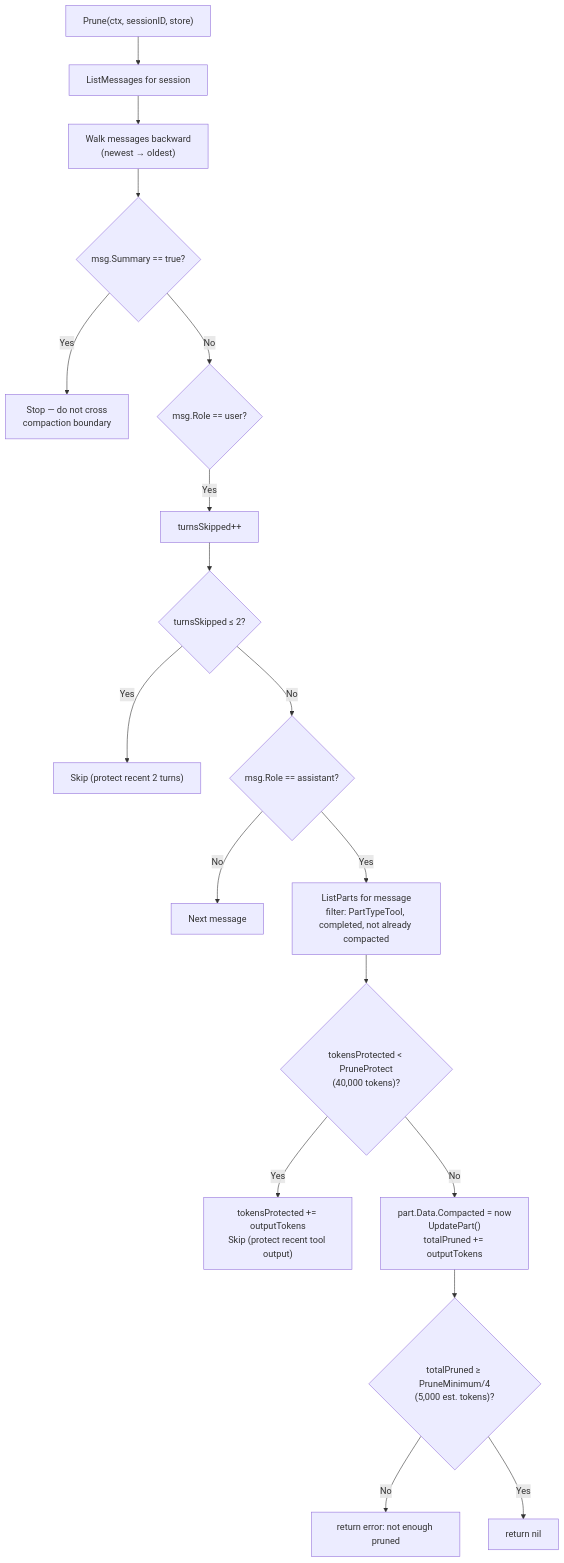
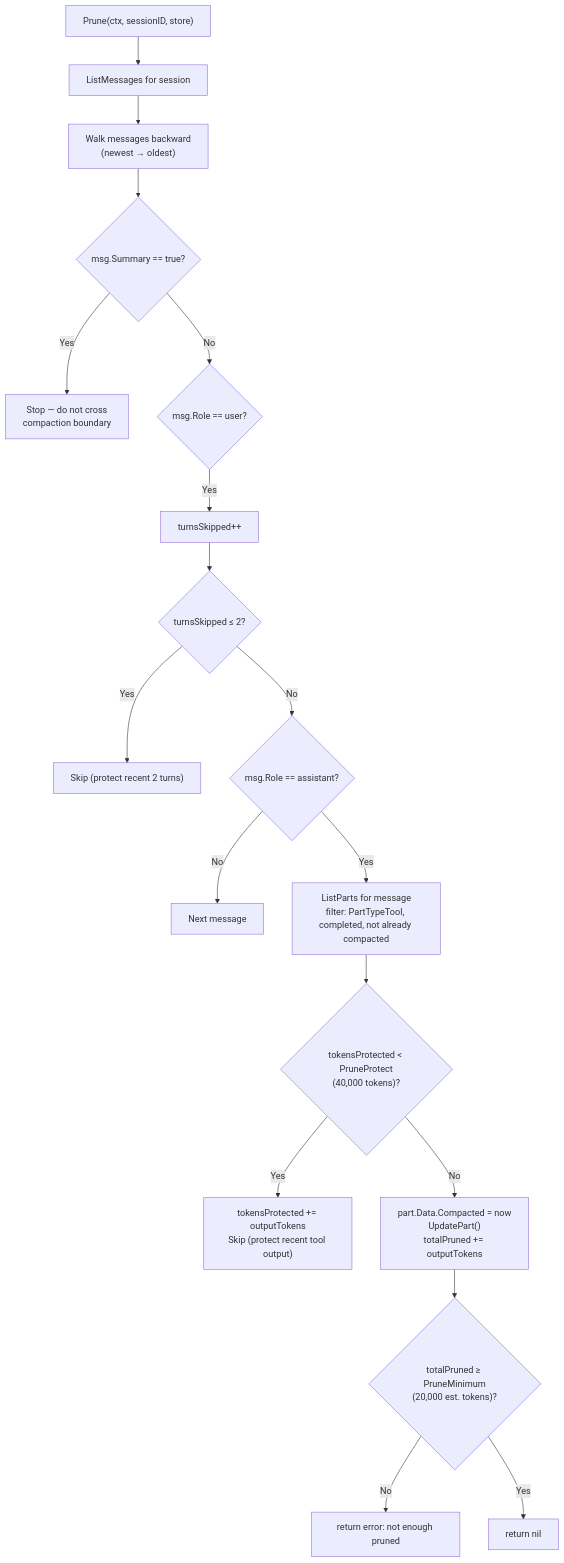
One commit to larryhou/llm-go changed the fifth of 9 diagrams in .opencode/skills/llm/SKILL.md. Above: the diagram before and after it, drawn with Mermaid. The commit also changed other lines of this file and 9 other files, not shown here.

````diff
--- a/.opencode/skills/llm/SKILL.md
+++ b/.opencode/skills/llm/SKILL.md
@@ -299,25 +299,25 @@
 ```mermaid
 flowchart TD
     Start["Prune(ctx, sessionID, store)"] --> ListMsgs["ListMessages for session"]
     ListMsgs --> WalkBack["Walk messages backward\n(newest → oldest)"]
 
     WalkBack --> SummaryCheck{"msg.Summary == true?"}
     SummaryCheck -- Yes --> Stop["Stop — do not cross\ncompaction boundary"]
 
     SummaryCheck -- No --> UserCheck{"msg.Role == user?"}
     UserCheck -- Yes --> TurnCount["turnsSkipped++"]
     TurnCount --> RecentTurn{"turnsSkipped ≤ 2?"}
     RecentTurn -- Yes --> Skip["Skip (protect recent 2 turns)"]
     RecentTurn -- No --> AssistantCheck{"msg.Role == assistant?"}
 
     AssistantCheck -- No --> Next["Next message"]
     AssistantCheck -- Yes --> ToolParts["ListParts for message\nfilter: PartTypeTool, completed, not already compacted"]
 
     ToolParts --> ProtectCheck{"tokensProtected < PruneProtect\n(40,000 tokens)?"}
     ProtectCheck -- Yes --> Protect["tokensProtected += outputTokens\nSkip (protect recent tool output)"]
     ProtectCheck -- No --> MarkCompacted["part.Data.Compacted = now\nUpdatePart()\ntotalPruned += outputTokens"]
 
-    MarkCompacted --> MinCheck{"totalPruned ≥ PruneMinimum/4\n(5,000 est. tokens)?"}
+    MarkCompacted --> MinCheck{"totalPruned ≥ PruneMinimum\n(20,000 est. tokens)?"}
     MinCheck -- No --> Fail["return error: not enough pruned"]
     MinCheck -- Yes --> OK["return nil"]
 ```
````
